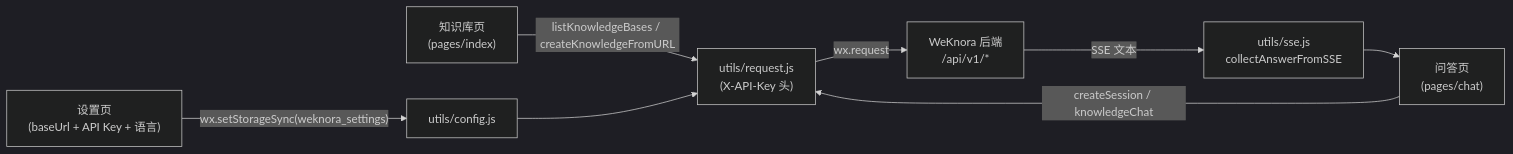
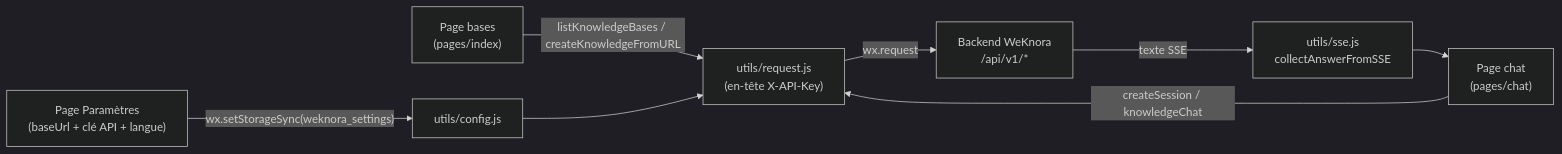
The diagram in website-docs/05-clients/04-miniprogram.md (samiriggui-code/gsms-template), drawn with Mermaid (dark theme) before and after one commit. The commit also changed other lines of this file and 301 other files, not shown here.

````diff
--- a/website-docs/05-clients/04-miniprogram.md
+++ b/website-docs/05-clients/04-miniprogram.md
@@ -105,10 +105,10 @@
 ```mermaid
 flowchart LR
-    S["设置页<br/>(baseUrl + API Key + 语言)"] -->|"wx.setStorageSync(weknora_settings)"| C["utils/config.js"]
-    K["知识库页<br/>(pages/index)"] -->|"listKnowledgeBases / createKnowledgeFromURL"| R["utils/request.js<br/>(X-API-Key 头)"]
-    Q["问答页<br/>(pages/chat)"] -->|"createSession / knowledgeChat"| R
-    R -->|"wx.request"| B["WeKnora 后端<br/>/api/v1/*"]
-    B -->|"SSE 文本"| P["utils/sse.js<br/>collectAnswerFromSSE"]
+    S["Page Paramètres<br/>(baseUrl + clé API + langue)"] -->|"wx.setStorageSync(weknora_settings)"| C["utils/config.js"]
+    K["Page bases<br/>(pages/index)"] -->|"listKnowledgeBases / createKnowledgeFromURL"| R["utils/request.js<br/>(en-tête X-API-Key)"]
+    Q["Page chat<br/>(pages/chat)"] -->|"createSession / knowledgeChat"| R
+    R -->|"wx.request"| B["Backend WeKnora<br/>/api/v1/*"]
+    B -->|"texte SSE"| P["utils/sse.js<br/>collectAnswerFromSSE"]
     P --> Q
     C --> R
 ```
````
